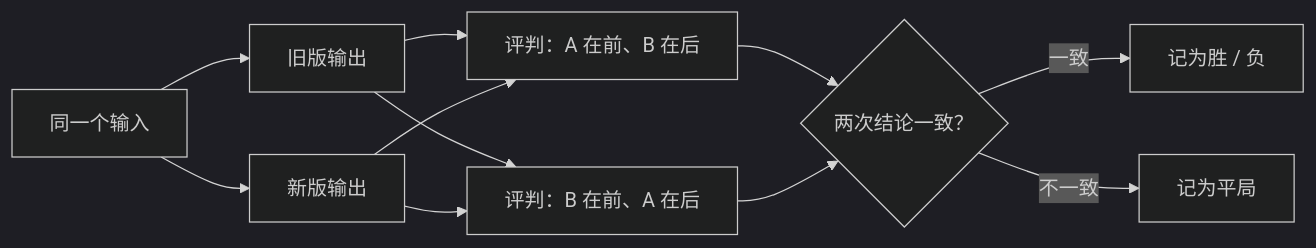
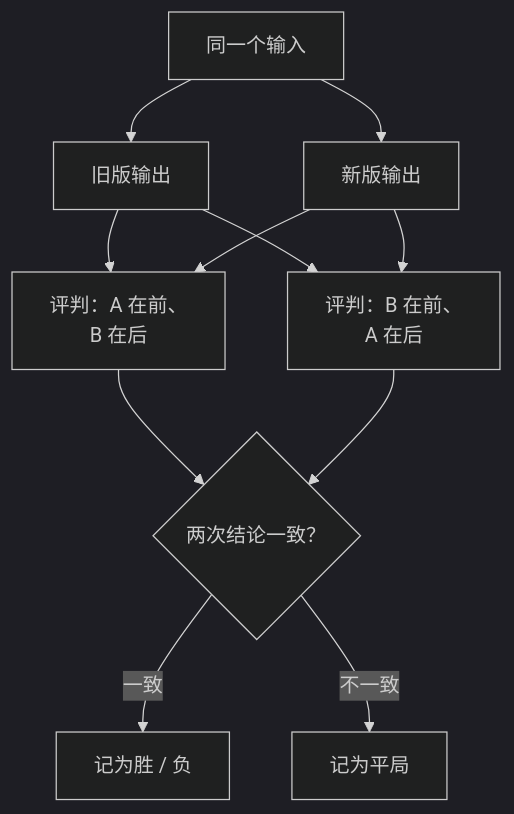
The diagram in books/llm-evals/04-llm-judge.md (jarvis-pro/hatch-shelf), drawn with Mermaid (dark theme) before and after one commit. The commit also changed 432 other files, not shown here.

````diff
--- a/books/llm-evals/04-llm-judge.md
+++ b/books/llm-evals/04-llm-judge.md
@@ -163,13 +163,13 @@
 ```mermaid
-flowchart LR
+flowchart TD
   I[同一个输入] --> A[旧版输出]
   I --> B[新版输出]
-  A --> J1["评判：A 在前、B 在后"]
+  A --> J1["评判：A 在前、<br/>B 在后"]
   B --> J1
-  A --> J2["评判：B 在前、A 在后"]
+  A --> J2["评判：B 在前、<br/>A 在后"]
   B --> J2
   J1 --> R{两次结论一致？}
   J2 --> R
   R -->|一致| W[记为胜 / 负]
   R -->|不一致| T[记为平局]
 ```
````
